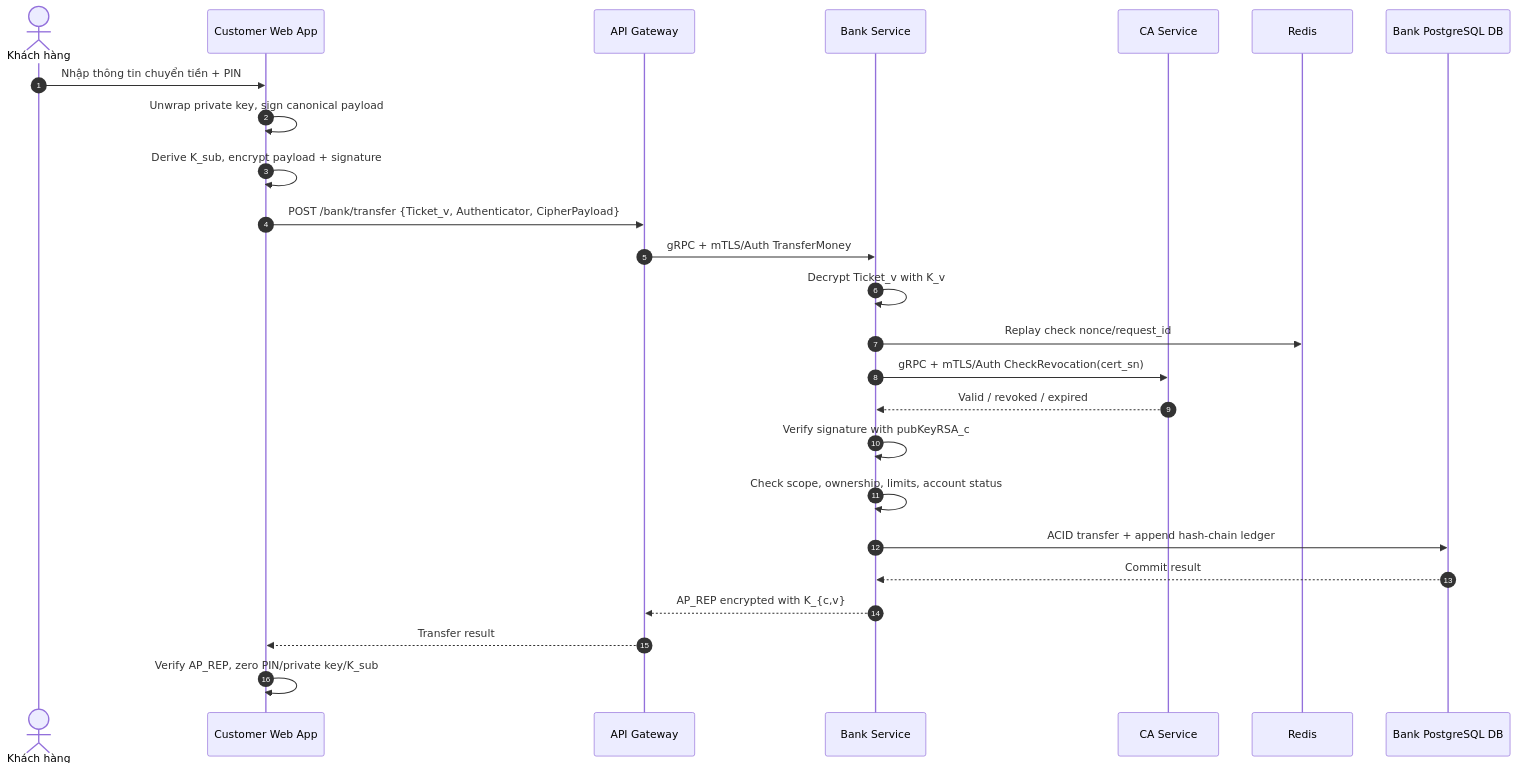
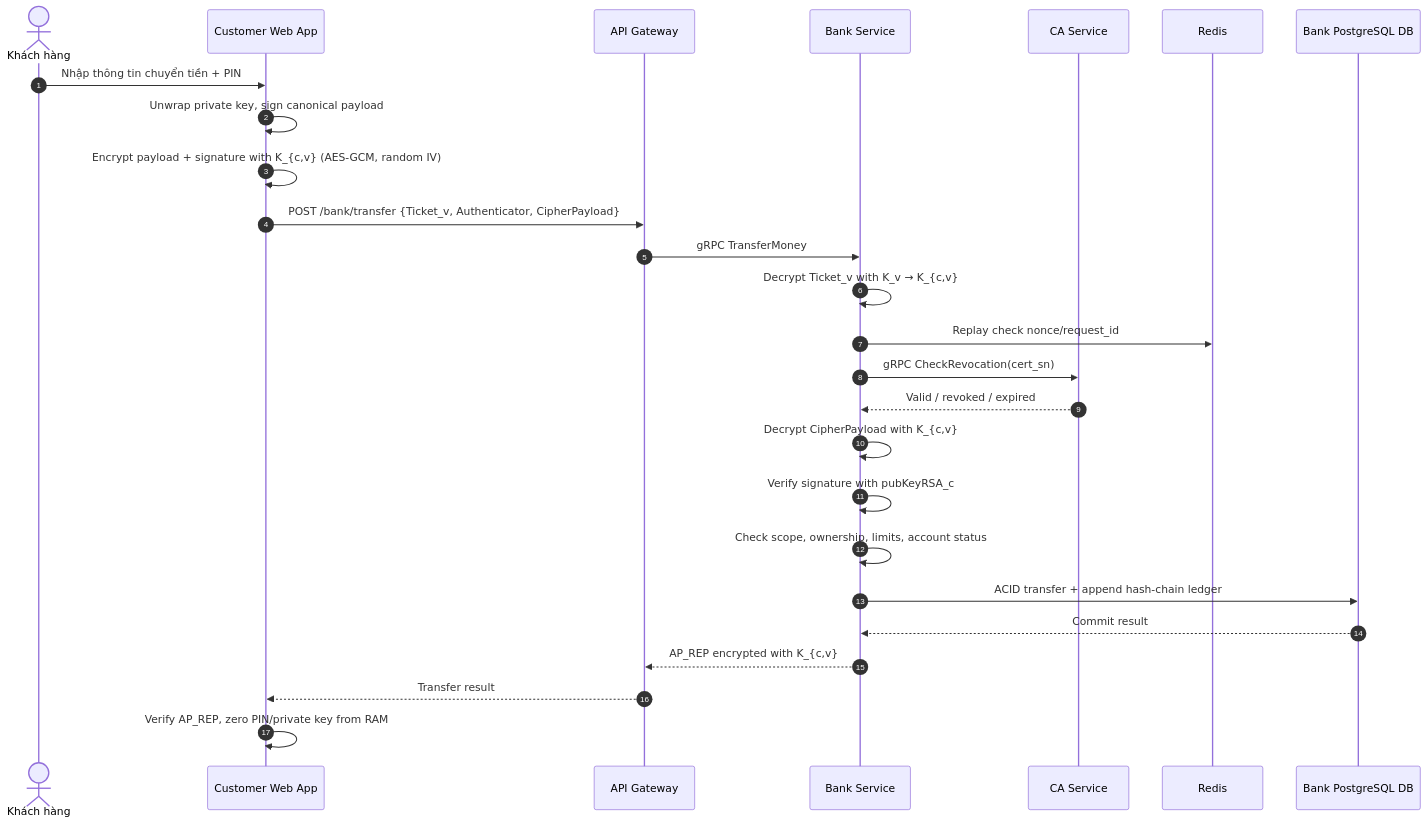
One commit to TNTT2305hcmus/mini-banking-app changed the fifth of 6 diagrams in blueprint/design.md. Above: the diagram before and after it, drawn with Mermaid. The commit also changed other lines of this file and 23 other files, not shown here.

````diff
--- a/blueprint/design.md
+++ b/blueprint/design.md
@@ -442,28 +438,29 @@
 ```mermaid
 sequenceDiagram
     autonumber
     actor C as Khách hàng
     participant Web as Customer Web App
     participant G as API Gateway
     participant B as Bank Service
     participant CA as CA Service
     participant R as Redis
     participant DB as Bank PostgreSQL DB
 
     C->>Web: Nhập thông tin chuyển tiền + PIN
     Web->>Web: Unwrap private key, sign canonical payload
-    Web->>Web: Derive K_sub, encrypt payload + signature
+    Web->>Web: Encrypt payload + signature with K_{c,v} (AES-GCM, random IV)
     Web->>G: POST /bank/transfer {Ticket_v, Authenticator, CipherPayload}
-    G->>B: gRPC + mTLS/Auth TransferMoney
-    B->>B: Decrypt Ticket_v with K_v
+    G->>B: gRPC TransferMoney
+    B->>B: Decrypt Ticket_v with K_v → K_{c,v}
     B->>R: Replay check nonce/request_id
-    B->>CA: gRPC + mTLS/Auth CheckRevocation(cert_sn)
+    B->>CA: gRPC CheckRevocation(cert_sn)
     CA-->>B: Valid / revoked / expired
+    B->>B: Decrypt CipherPayload with K_{c,v}
     B->>B: Verify signature with pubKeyRSA_c
     B->>B: Check scope, ownership, limits, account status
     B->>DB: ACID transfer + append hash-chain ledger
     DB-->>B: Commit result
     B-->>G: AP_REP encrypted with K_{c,v}
     G-->>Web: Transfer result
-    Web->>Web: Verify AP_REP, zero PIN/private key/K_sub
+    Web->>Web: Verify AP_REP, zero PIN/private key from RAM
 ```
````
